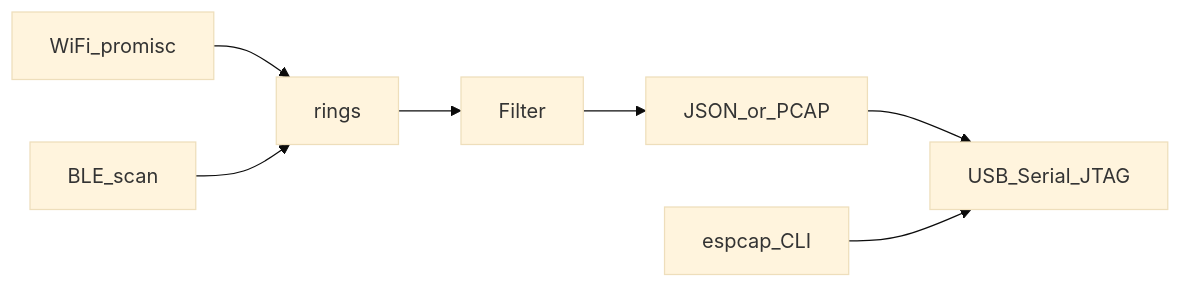
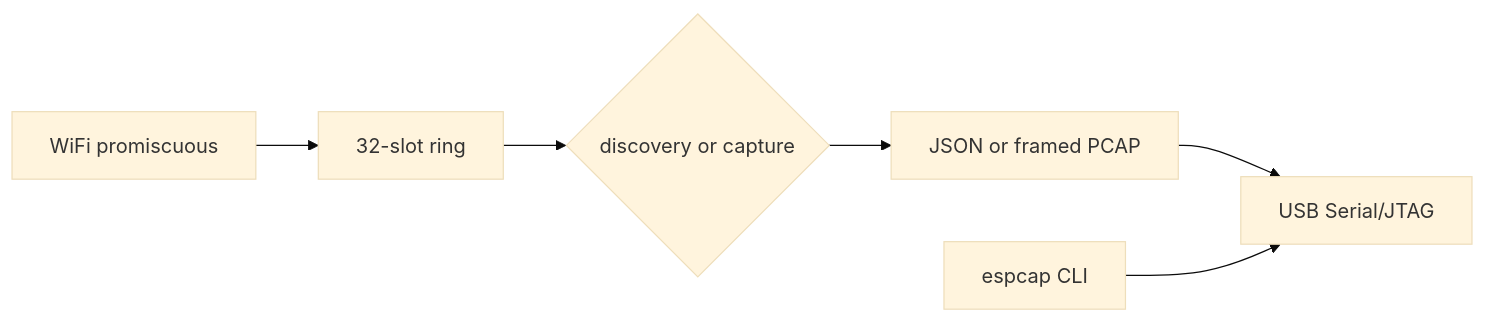
The diagram in docs/architecture.md (brianlechthaler/espcap), drawn with Mermaid (base theme) before and after one commit. The commit also changed other lines of this file and 8 other files, not shown here.

Commit message:
Document WiFi discovery, the CLI, and the serial protocol so the docs match the firmware.

````diff
--- a/docs/architecture.md
+++ b/docs/architecture.md
@@ -5,8 +5,8 @@
 ```mermaid
 flowchart LR
-  Wifi[WiFi_promisc] --> Ring[rings]
-  Ble[BLE_scan] --> Ring
-  Ring --> Filter --> Enc[JSON_or_PCAP]
-  Enc --> USB[USB_Serial_JTAG]
-  CLI[espcap_CLI] --> USB
+  Wifi[WiFi promiscuous] --> Ring[32-slot ring]
+  Ring --> Mode{discovery or capture}
+  Mode --> Enc[JSON or framed PCAP]
+  Enc --> USB[USB Serial/JTAG]
+  CLI[espcap CLI] --> USB
 ```
````
